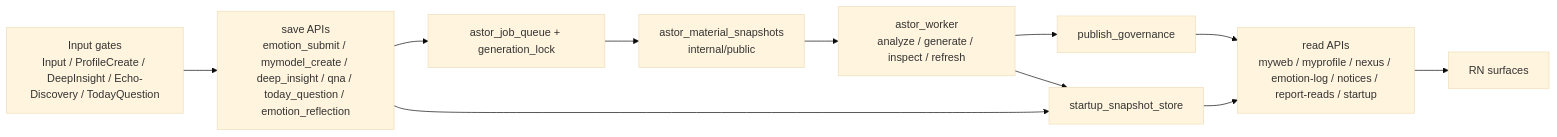
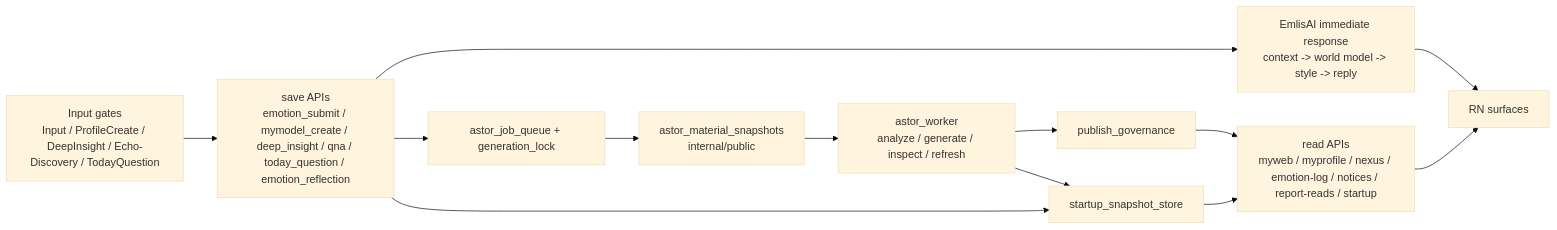
The diagram in Cocolon_前提資料/02_Cocolon_国家システム資料.md (MassyuRed/Cocolon), drawn with Mermaid (base theme) before and after one commit. The commit also changed other lines of this file and 18 other files, not shown here.

````diff
--- a/Cocolon_前提資料/02_Cocolon_国家システム資料.md
+++ b/Cocolon_前提資料/02_Cocolon_国家システム資料.md
@@ -22,17 +22,20 @@
 ```mermaid
 flowchart LR
   Gates[Input gates\nInput / ProfileCreate / DeepInsight / Echo-Discovery / TodayQuestion]
   Save[save APIs\nemotion_submit / mymodel_create / deep_insight / qna / today_question / emotion_reflection]
+  Emlis[EmlisAI immediate response\ncontext -> world model -> style -> reply]
   Queue[astor_job_queue + generation_lock]
   Snapshot[astor_material_snapshots\ninternal/public]
   Worker[astor_worker\nanalyze / generate / inspect / refresh]
   Gov[publish_governance]
   Startup[startup_snapshot_store]
   Read[read APIs\nmyweb / myprofile / nexus / emotion-log / notices / report-reads / startup]
   RN[RN surfaces]
 
-  Gates --> Save --> Queue --> Snapshot --> Worker --> Gov --> Read --> RN
+  Gates --> Save
+  Save --> Emlis --> RN
+  Save --> Queue --> Snapshot --> Worker --> Gov --> Read --> RN
   Save --> Startup
   Worker --> Startup
   Startup --> Read
 ```
````
